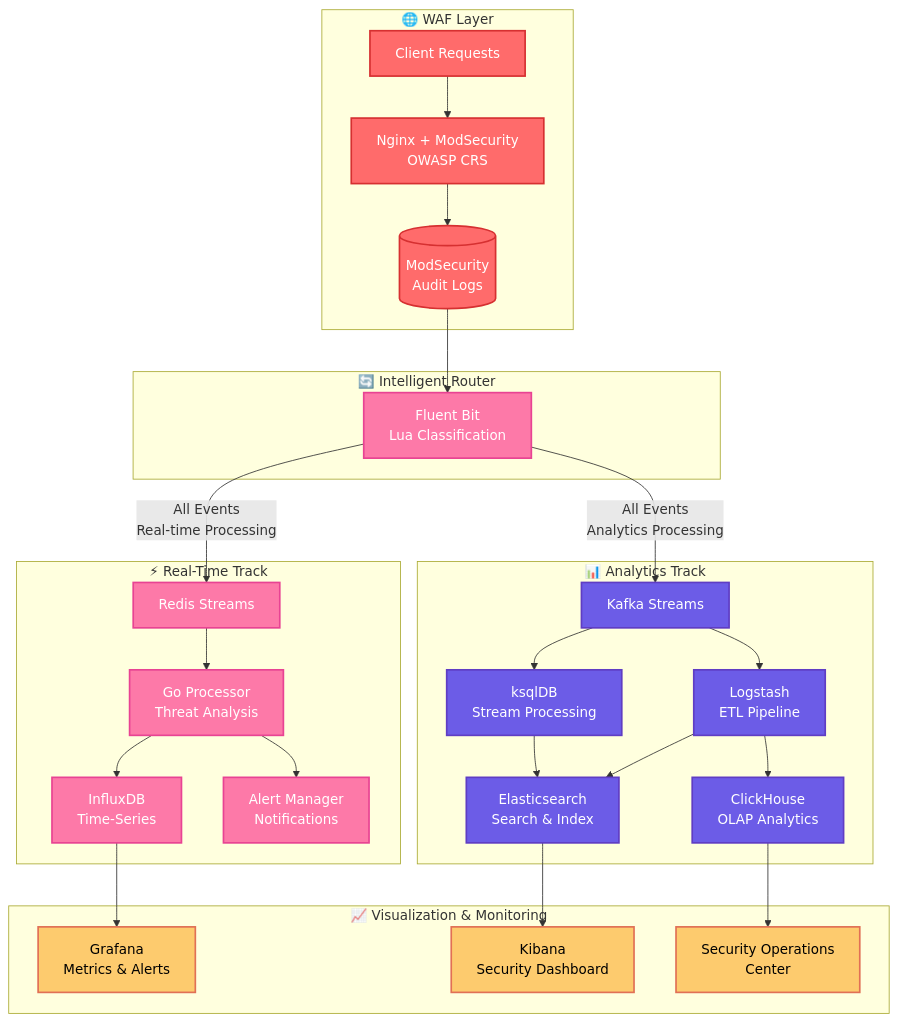
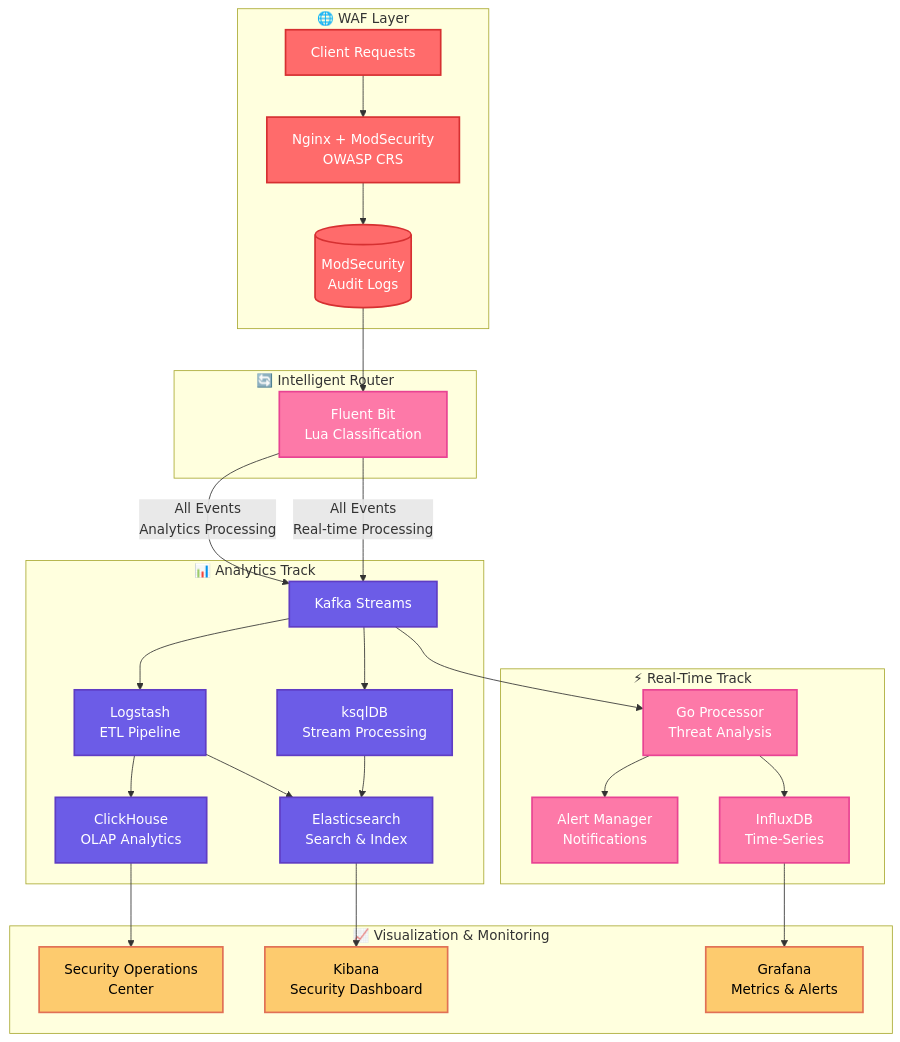
Before and after one commit to rojae/waf: the diagram in README.en.md, drawn with Mermaid. The commit also changed other lines of this file and 1 other file, not shown here.

````diff
--- a/README.en.md
+++ b/README.en.md
@@ -29,60 +62,59 @@
 ```mermaid
 flowchart TB
     classDef waf fill:#ff6b6b,stroke:#d63031,color:#fff,stroke-width:2
     classDef realtime fill:#fd79a8,stroke:#e84393,color:#fff,stroke-width:2
     classDef analytics fill:#6c5ce7,stroke:#5f3dc4,color:#fff,stroke-width:2
     classDef storage fill:#00b894,stroke:#00a085,color:#fff,stroke-width:2
     classDef monitoring fill:#fdcb6e,stroke:#e17055,color:#000,stroke-width:2
 
     subgraph "🌐 WAF Layer"
         Client[Client Requests]:::waf
         WAF[Nginx + ModSecurity<br/>OWASP CRS]:::waf
         Logs[(ModSecurity<br/>Audit Logs)]:::waf
     end
 
     subgraph "🔄 Intelligent Router"
         FluentBit[Fluent Bit<br/>Lua Classification]:::realtime
     end
 
     subgraph "⚡ Real-Time Track"
-        RedisStreams[Redis Streams]:::realtime
         RealtimeProcessor[Go Processor<br/>Threat Analysis]:::realtime
         InfluxDB[InfluxDB<br/>Time-Series]:::realtime
         Alerts[Alert Manager<br/>Notifications]:::realtime
     end
 
     subgraph "📊 Analytics Track"
         Kafka[Kafka Streams]:::analytics
         KsqlDB[ksqlDB<br/>Stream Processing]:::analytics
         Logstash[Logstash<br/>ETL Pipeline]:::analytics
         Elasticsearch[Elasticsearch<br/>Search & Index]:::analytics
         ClickHouse[ClickHouse<br/>OLAP Analytics]:::analytics
     end
 
     subgraph "📈 Visualization & Monitoring"
         Kibana[Kibana<br/>Security Dashboard]:::monitoring
         Grafana[Grafana<br/>Metrics & Alerts]:::monitoring
         Dashboard[Security Operations<br/>Center]:::monitoring
     end
 
     Client --> WAF
     WAF --> Logs
     Logs --> FluentBit
 
-    FluentBit -->|All Events<br/>Real-time Processing| RedisStreams
+    FluentBit -->|All Events<br/>Real-time Processing| Kafka
     FluentBit -->|All Events<br/>Analytics Processing| Kafka
 
-    RedisStreams --> RealtimeProcessor
+    Kafka --> RealtimeProcessor
     RealtimeProcessor --> InfluxDB
     RealtimeProcessor --> Alerts
 
     Kafka --> KsqlDB
     Kafka --> Logstash
     KsqlDB --> Elasticsearch
     Logstash --> Elasticsearch
     Logstash --> ClickHouse
 
     InfluxDB --> Grafana
     Elasticsearch --> Kibana
     ClickHouse --> Dashboard
 ```
````
